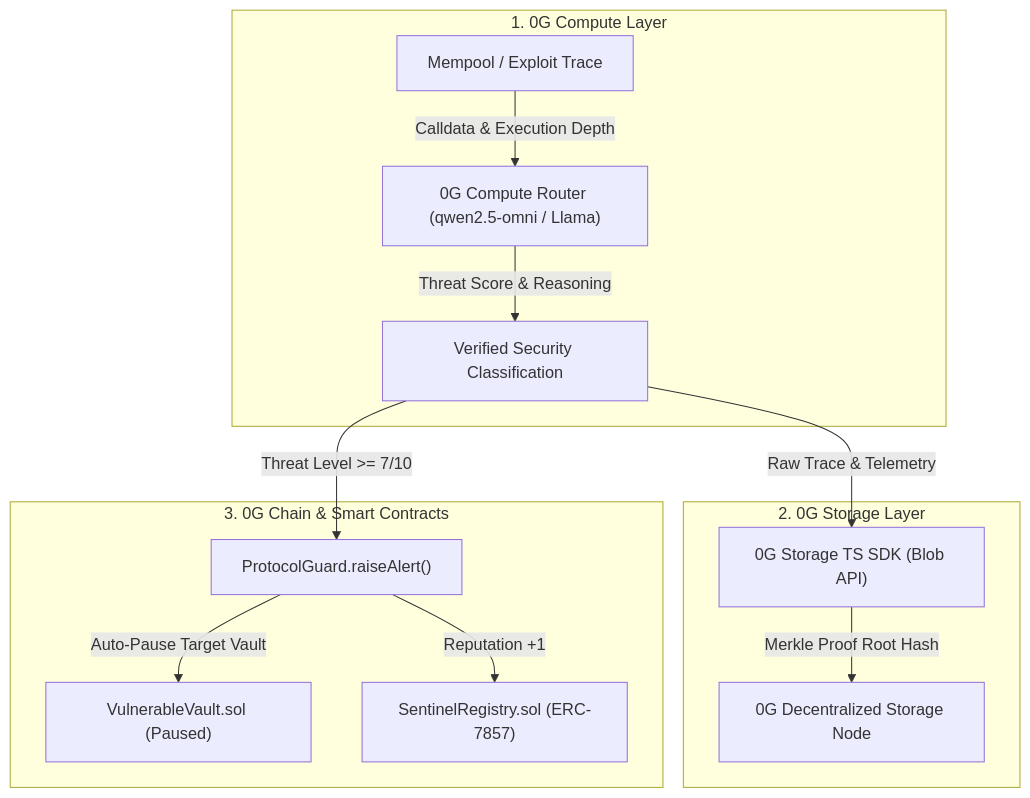
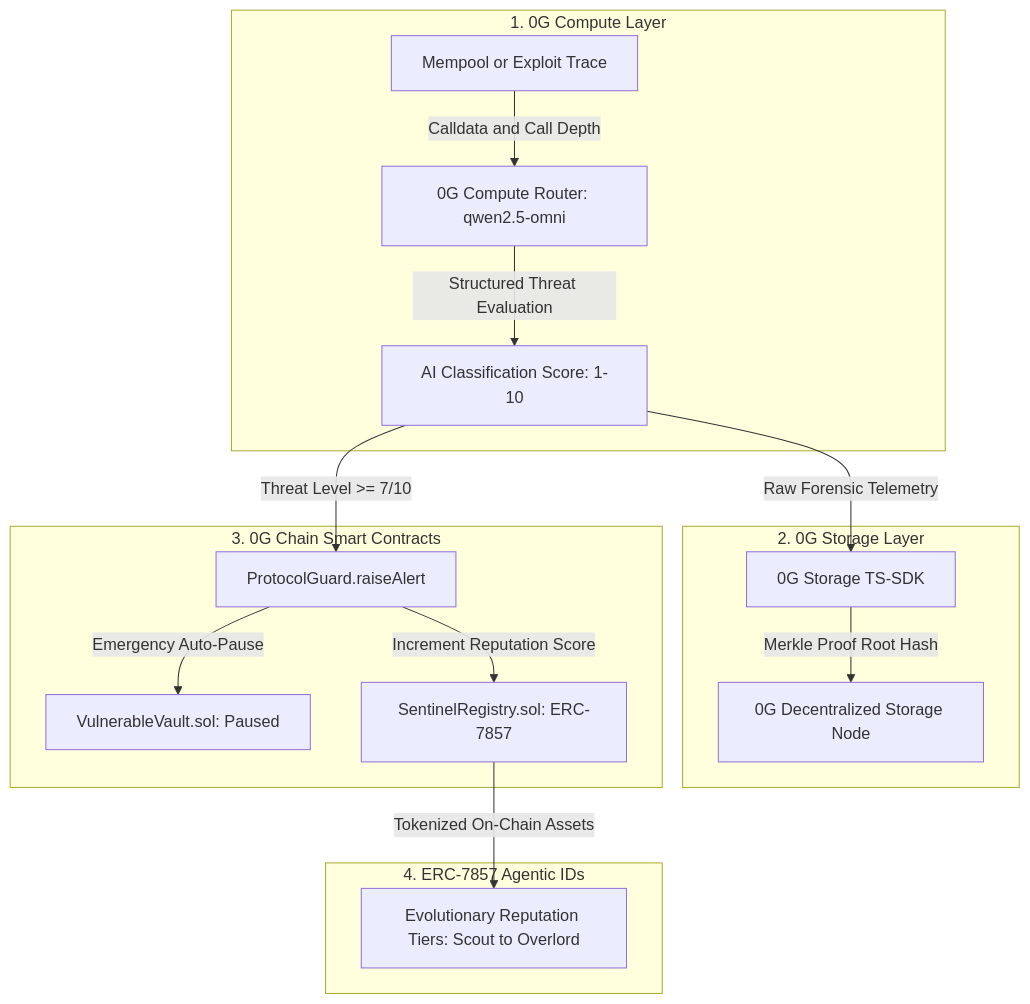
One commit to ayush035/Hashly changed the first of 3 diagrams in README.md. Above: the diagram before and after it, drawn with Mermaid. The commit also changed other lines of this file and 6 other files, not shown here.

Commit message:
docs: consolidate all submission materials into production README with flowcharts and diagrams (no em dashes, no emojis)

````diff
--- a/README.md
+++ b/README.md
@@ -42,18 +54,22 @@
 ```mermaid
 flowchart TD
-    subgraph "1. 0G Compute Layer"
-        A["Mempool / Exploit Trace"] -->|Calldata & Execution Depth| B["0G Compute Router (qwen2.5-omni / Llama)"]
-        B -->|Threat Score & Reasoning| C["Verified Security Classification"]
+    subgraph ComputeLayer [1. 0G Compute Layer]
+        A[Mempool or Exploit Trace] -->|Calldata and Call Depth| B[0G Compute Router: qwen2.5-omni]
+        B -->|Structured Threat Evaluation| C[AI Classification Score: 1-10]
     end
 
-    subgraph "2. 0G Storage Layer"
-        C -->|Raw Trace & Telemetry| D["0G Storage TS SDK (Blob API)"]
-        D -->|Merkle Proof Root Hash| E["0G Decentralized Storage Node"]
+    subgraph StorageLayer [2. 0G Storage Layer]
+        C -->|Raw Forensic Telemetry| D[0G Storage TS-SDK]
+        D -->|Merkle Proof Root Hash| E[0G Decentralized Storage Node]
     end
 
-    subgraph "3. 0G Chain & Smart Contracts"
-        C -->|Threat Level >= 7/10| F["ProtocolGuard.raiseAlert()"]
-        F -->|Auto-Pause Target Vault| G["VulnerableVault.sol (Paused)"]
-        F -->|Reputation +1| H["SentinelRegistry.sol (ERC-7857)"]
+    subgraph ChainLayer [3. 0G Chain Smart Contracts]
+        C -->|Threat Level >= 7/10| F[ProtocolGuard.raiseAlert]
+        F -->|Emergency Auto-Pause| G[VulnerableVault.sol: Paused]
+        F -->|Increment Reputation Score| H[SentinelRegistry.sol: ERC-7857]
+    end
+
+    subgraph AgentLayer [4. ERC-7857 Agentic IDs]
+        H -->|Tokenized On-Chain Assets| I[Evolutionary Reputation Tiers: Scout to Overlord]
     end
 ```
````
